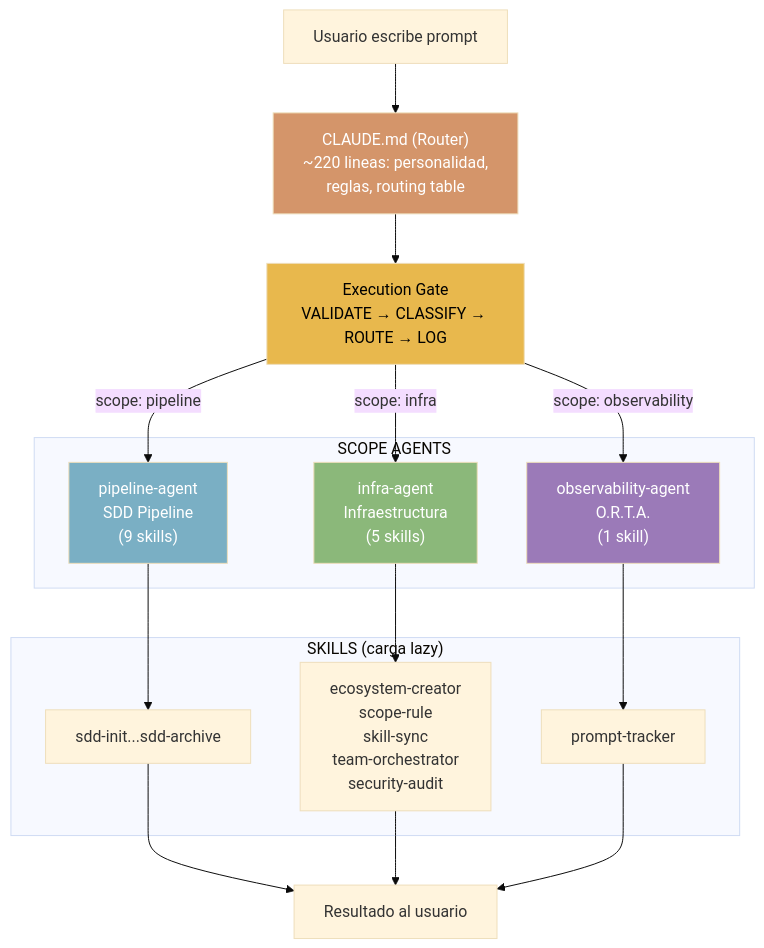
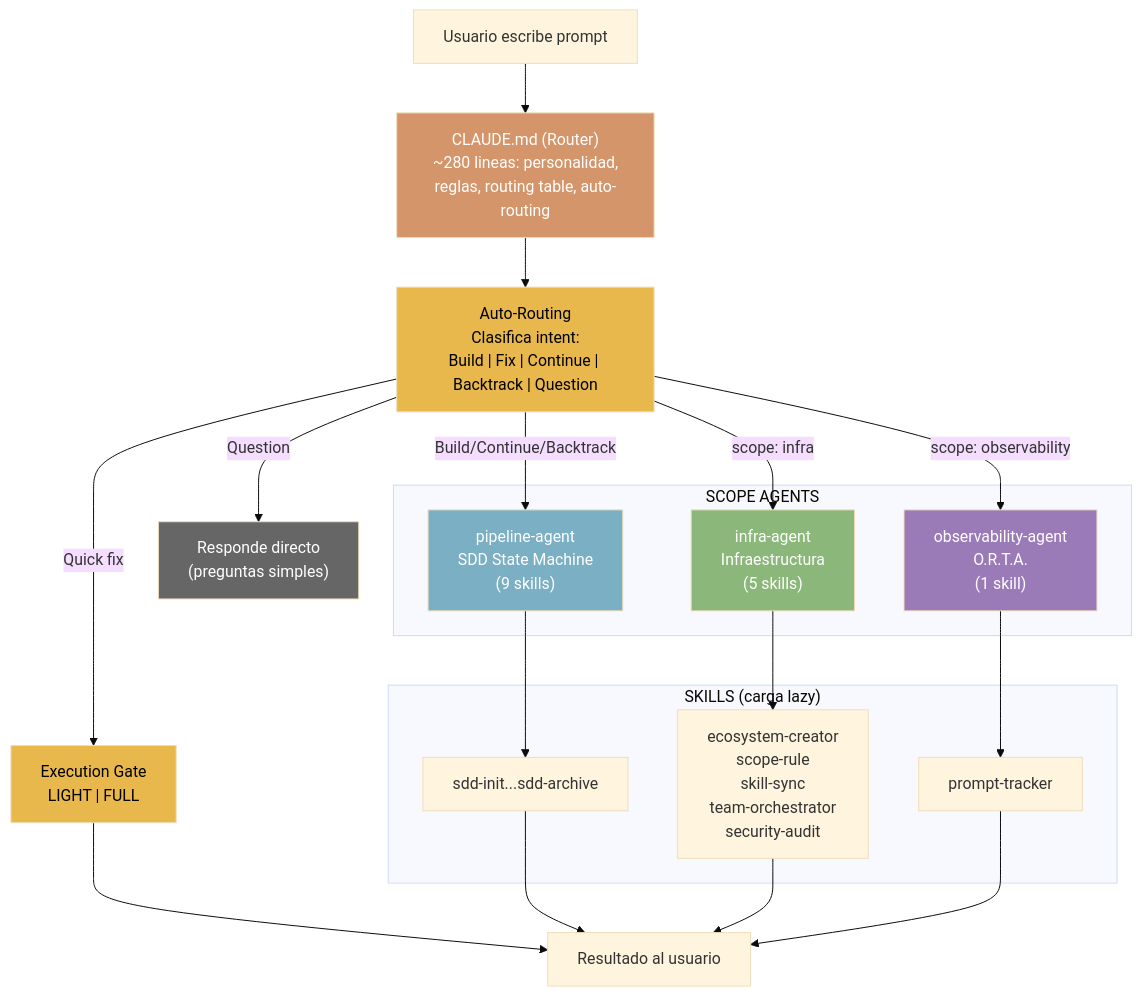
The second of 24 diagrams in docs/architecture/arquitectura-diagrama.md (jota-batuta/batuta-dots), drawn with Mermaid (base theme) before and after one commit. The commit also changed other lines of this file and 11 other files, not shown here.

First line of the commit message:
feat: add auto-routing and state machine with backtracking to SDD pipeline

````diff
--- a/docs/architecture/arquitectura-diagrama.md
+++ b/docs/architecture/arquitectura-diagrama.md
@@ -62,37 +62,43 @@
 ```mermaid
 flowchart TD
     USER["Usuario escribe prompt"]
-    GATE["Execution Gate<br/>VALIDATE → CLASSIFY → ROUTE → LOG"]
-    ROUTER["CLAUDE.md (Router)<br/>~220 lineas: personalidad,<br/>reglas, routing table"]
+    AUTOROUTE["Auto-Routing<br/>Clasifica intent:<br/>Build | Fix | Continue | Backtrack | Question"]
+    ROUTER["CLAUDE.md (Router)<br/>~280 lineas: personalidad,<br/>reglas, routing table, auto-routing"]
 
     subgraph AGENTS["SCOPE AGENTS"]
-        PIPELINE["pipeline-agent<br/>SDD Pipeline<br/>(9 skills)"]
+        PIPELINE["pipeline-agent<br/>SDD State Machine<br/>(9 skills)"]
         INFRA["infra-agent<br/>Infraestructura<br/>(5 skills)"]
         OBS["observability-agent<br/>O.R.T.A.<br/>(1 skill)"]
     end
 
     subgraph SKILLS["SKILLS (carga lazy)"]
         SDD["sdd-init...sdd-archive"]
         ECO["ecosystem-creator<br/>scope-rule<br/>skill-sync<br/>team-orchestrator<br/>security-audit"]
         PROMPT["prompt-tracker"]
     end
 
     RESULT["Resultado al usuario"]
+    DIRECT["Responde directo<br/>(preguntas simples)"]
+    GATE["Execution Gate<br/>LIGHT | FULL"]
 
-    USER --> ROUTER --> GATE
-    GATE -->|"scope: pipeline"| PIPELINE
-    GATE -->|"scope: infra"| INFRA
-    GATE -->|"scope: observability"| OBS
+    USER --> ROUTER --> AUTOROUTE
+    AUTOROUTE -->|"Build/Continue/Backtrack"| PIPELINE
+    AUTOROUTE -->|"scope: infra"| INFRA
+    AUTOROUTE -->|"scope: observability"| OBS
+    AUTOROUTE -->|"Question"| DIRECT
+    AUTOROUTE -->|"Quick fix"| GATE --> RESULT
     PIPELINE --> SDD
     INFRA --> ECO
     OBS --> PROMPT
     SDD --> RESULT
     ECO --> RESULT
     PROMPT --> RESULT
 
     style ROUTER fill:#D4956A,color:#fff
-    style GATE fill:#E8B84D,color:#000
+    style AUTOROUTE fill:#E8B84D,color:#000
     style PIPELINE fill:#7AAFC4,color:#fff
     style INFRA fill:#8BB87A,color:#fff
     style OBS fill:#9B7AB8,color:#fff
+    style DIRECT fill:#666,color:#fff
+    style GATE fill:#E8B84D,color:#000
 ```
````
